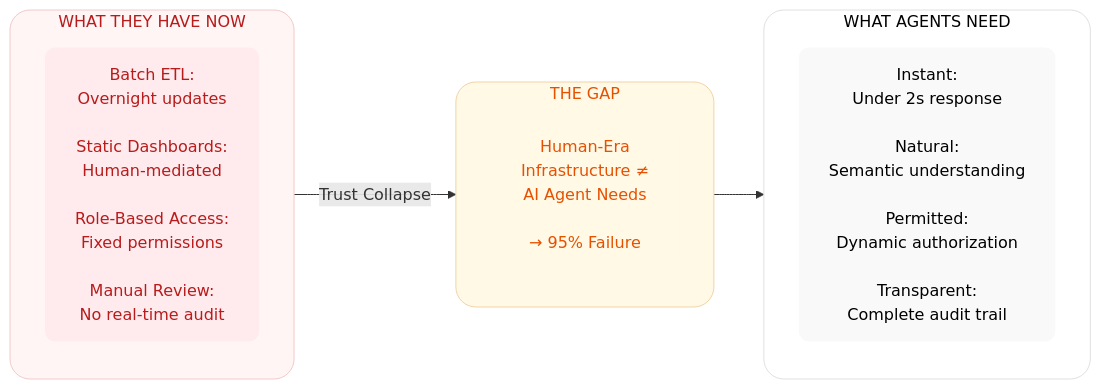
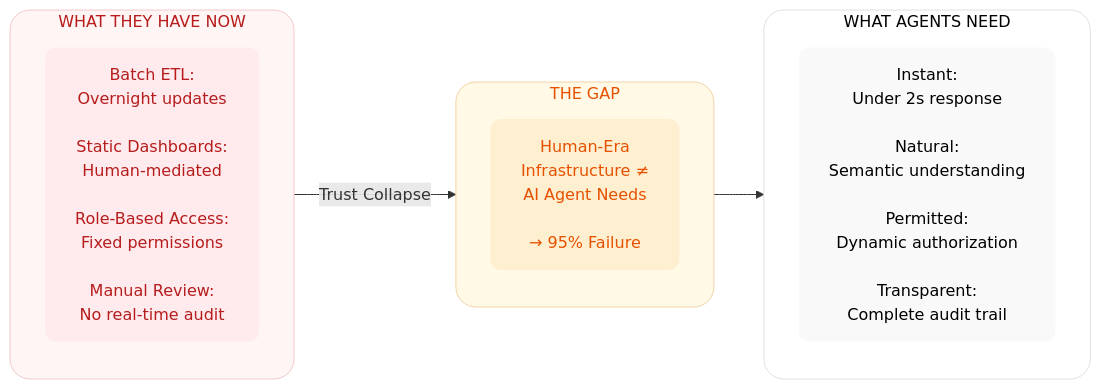
The first of 6 diagrams in manuscript/02_chapter_1_why_agents_fail.md (colaberry/trust-before-intelligence-book), drawn with Mermaid before and after one commit.

Commit message:
Chapter2: Updated mermaid diagrams based on new colaberry color code

````diff
--- a/manuscript/02_chapter_1_why_agents_fail.md
+++ b/manuscript/02_chapter_1_why_agents_fail.md
@@ -56,28 +56,28 @@
 ```mermaid
 
 graph LR
     subgraph BUILT["WHAT THEY HAVE NOW"]
         direction TB
         B1["Batch ETL:<br/>Overnight updates<br/><br/>Static Dashboards:<br/>Human-mediated<br/><br/>Role-Based Access:<br/>Fixed permissions<br/><br/>Manual Review:<br/>No real-time audit"]
     end
     
     subgraph GAP["THE GAP"]
         direction TB
         G1["Human-Era<br/>Infrastructure ≠<br/>AI Agent Needs<br/><br/>→ 95% Failure"]
     end
     
     subgraph NEED["WHAT AGENTS NEED"]
         direction TB
         N1["Instant:<br/>Under 2s response<br/><br/>Natural:<br/>Semantic understanding<br/><br/>Permitted:<br/>Dynamic authorization<br/><br/>Transparent:<br/>Complete audit trail"]
     end
     
     BUILT -->|"Trust Collapse"| GAP --> NEED
     
     style BUILT fill:#fff5f5,stroke:#f2caca,stroke-width:1px,color:#b71c1c,rx:20,ry:20
     style B1 fill:#ffebee,stroke:none,color:#b71c1c,rx:10,ry:10
     style GAP fill:#fff9e6,stroke:#f2d3a7,stroke-width:1px,color:#e65100,rx:20,ry:20
-    style G1 fill:#fff9e6,stroke:none,color:#e65100,rx:10,ry:10
+    style G1 fill:#ffefd1,stroke:#ffefd1,stroke-width:1px,color:#e65100,rx:10,ry:10
     style NEED fill:#ffffff,stroke:#e0e0e0,stroke-width:1px,color:#000000,rx:20,ry:20
     style N1 fill:#f9f9f9,stroke:none,color:#000000,rx:10,ry:10
 
 ```
````
